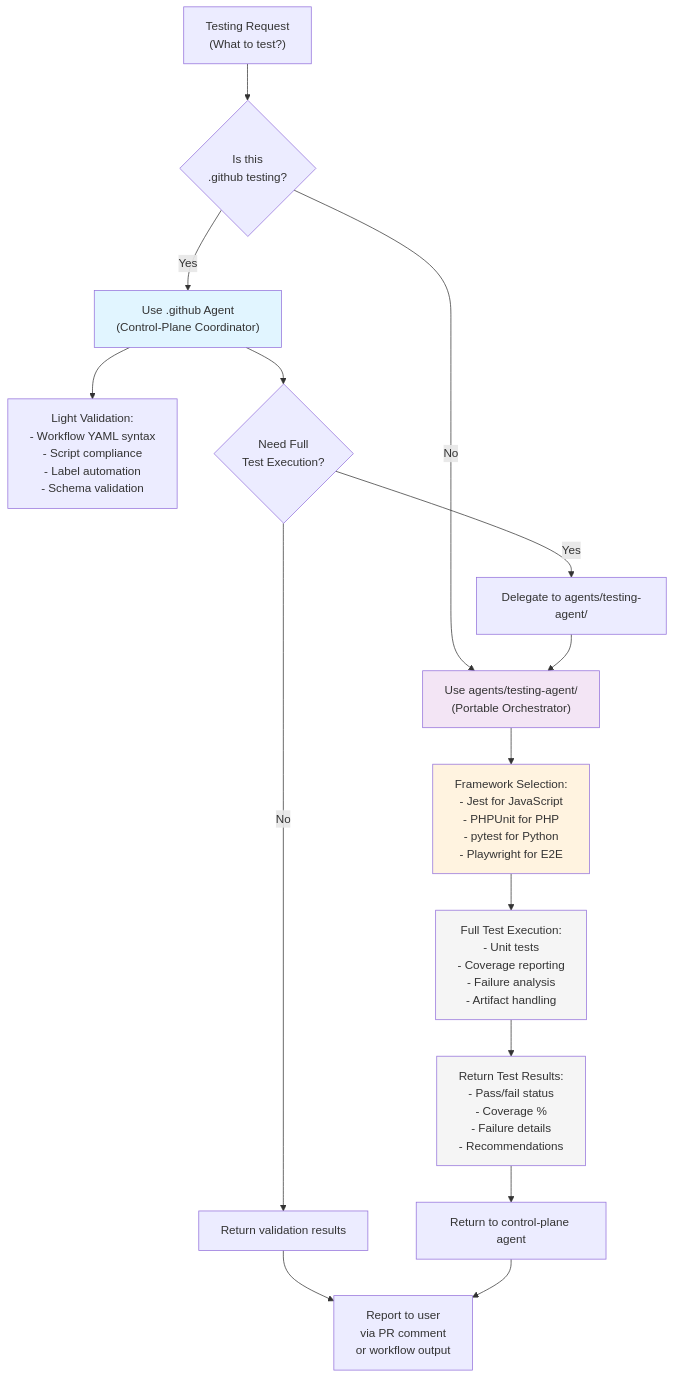
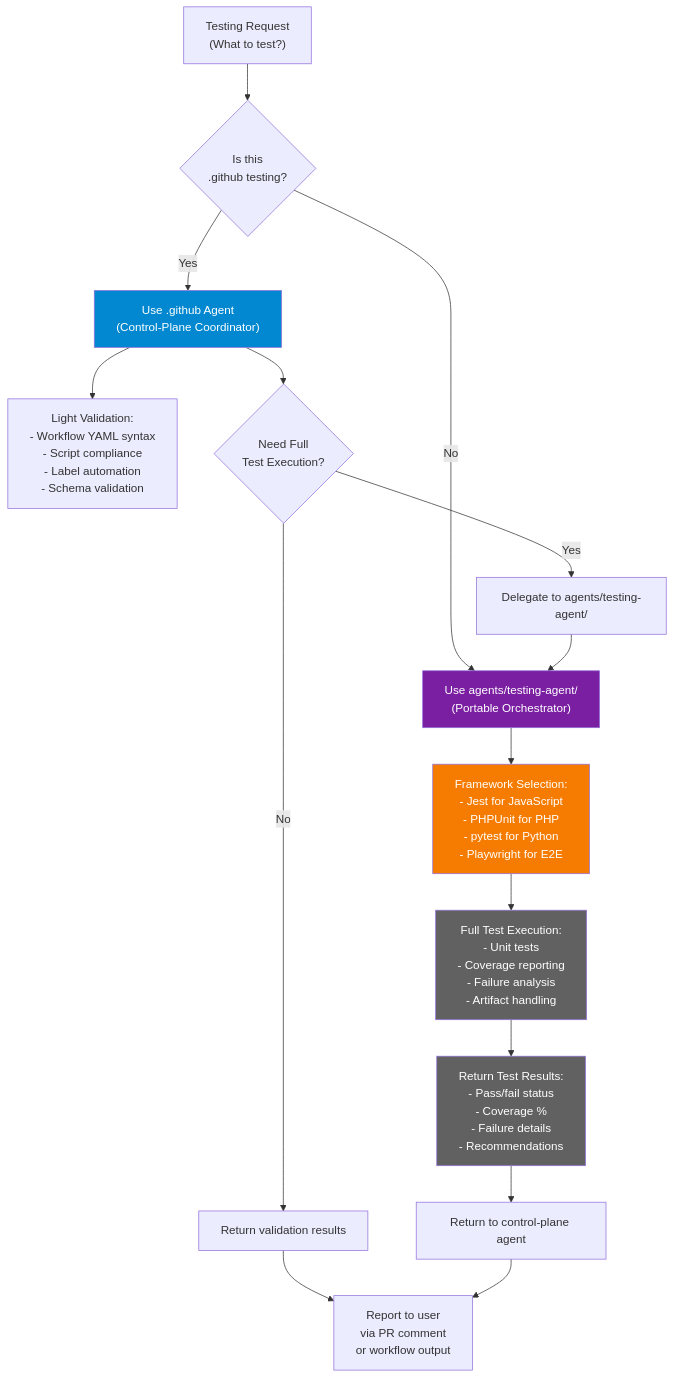
The second of 8 diagrams in .github/projects/active/testing-agent-multi-framework-2026-08-12/ARCHITECTURE_DIAGRAMS.md (lightspeedwp/.github), drawn with Mermaid before and after one commit. The commit also changed other lines of this file, not shown here.

Commit message:
fix: Update Mermaid diagram colors for WCAG contrast compliance

````diff
--- a/.github/projects/active/testing-agent-multi-framework-2026-08-12/ARCHITECTURE_DIAGRAMS.md
+++ b/.github/projects/active/testing-agent-multi-framework-2026-08-12/ARCHITECTURE_DIAGRAMS.md
@@ -68,32 +68,32 @@
 ```mermaid
 graph TD
     A["Testing Request<br/>(What to test?)"]
     
     A --> B{Is this<br/>.github testing?}
     
     B -->|Yes| C["Use .github Agent<br/>(Control-Plane Coordinator)"]
     B -->|No| D["Use agents/testing-agent/<br/>(Portable Orchestrator)"]
     
     C --> C1["Light Validation:<br/>- Workflow YAML syntax<br/>- Script compliance<br/>- Label automation<br/>- Schema validation"]
     
     C --> C2{Need Full<br/>Test Execution?}
     C2 -->|Yes| DELEGATE["Delegate to agents/testing-agent/"]
     C2 -->|No| RESULT1["Return validation results"]
     
     D --> D1["Framework Selection:<br/>- Jest for JavaScript<br/>- PHPUnit for PHP<br/>- pytest for Python<br/>- Playwright for E2E"]
     
     D1 --> D2["Full Test Execution:<br/>- Unit tests<br/>- Coverage reporting<br/>- Failure analysis<br/>- Artifact handling"]
     
     D2 --> D3["Return Test Results:<br/>- Pass/fail status<br/>- Coverage %<br/>- Failure details<br/>- Recommendations"]
     
     DELEGATE --> D
     D3 --> RESULT2["Return to control-plane agent"]
     RESULT1 --> END["Report to user<br/>via PR comment<br/>or workflow output"]
     RESULT2 --> END
     
-    style C fill:#e1f5ff
-    style D fill:#f3e5f5
-    style D1 fill:#fff3e0
-    style D2 fill:#f5f5f5
-    style D3 fill:#f5f5f5
+    style C fill:#0288d1,color:#fff
+    style D fill:#7b1fa2,color:#fff
+    style D1 fill:#f57c00,color:#fff
+    style D2 fill:#616161,color:#fff
+    style D3 fill:#616161,color:#fff
 ```
````
